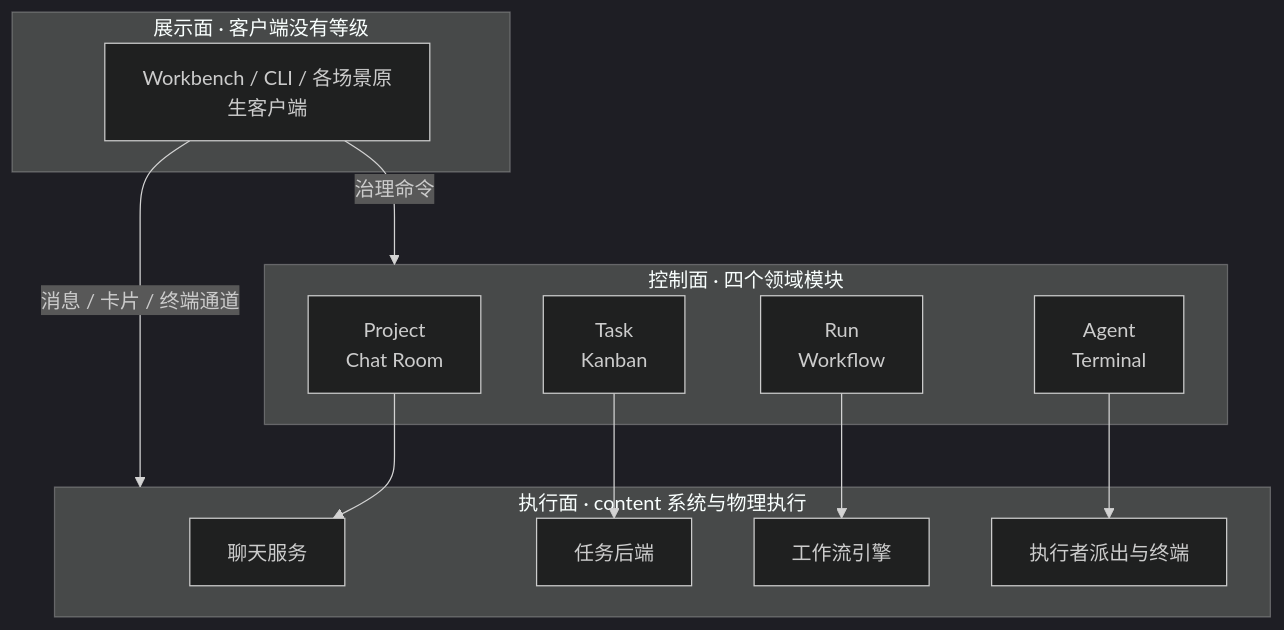
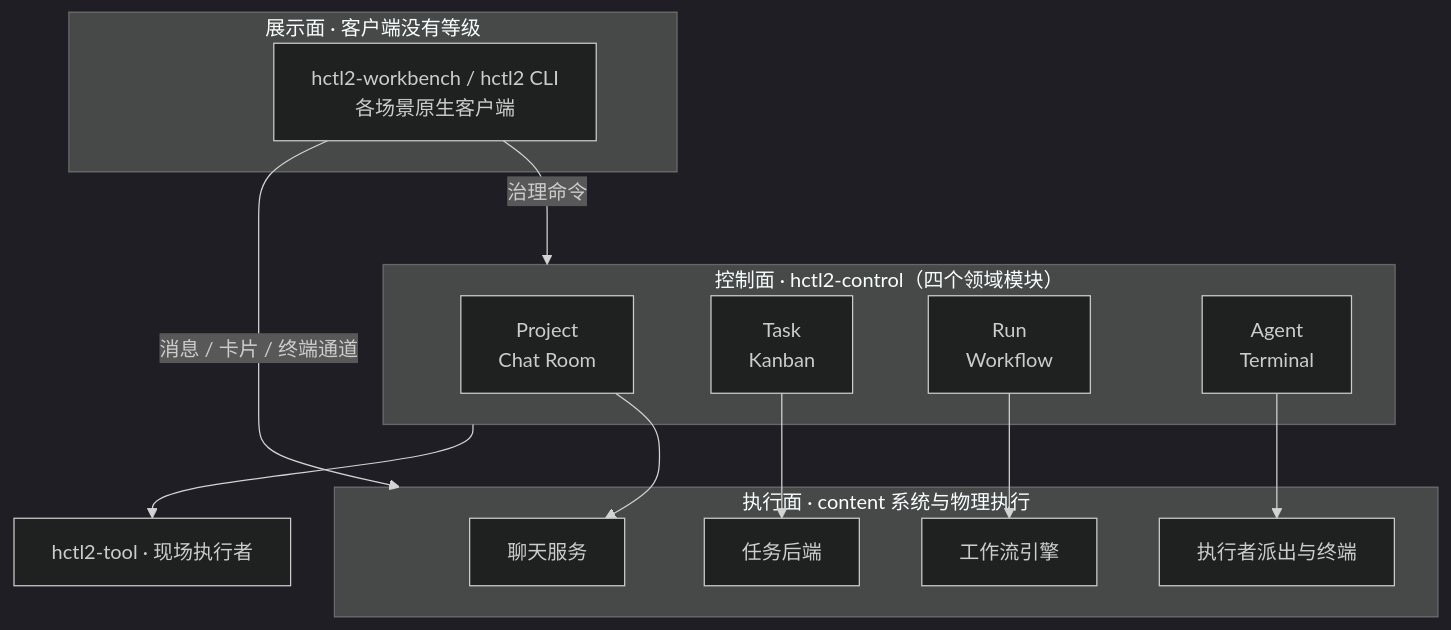
The diagram in README.md (yesme/hctl2), drawn with Mermaid (dark theme) before and after one commit. The commit also changed other lines of this file, not shown here.

Commit message:
docs: 首页图恢复第一方组件名——第一方与外部产品分开裁
#132 瘦身首页图时把 Grok #4 清单里的「组件二进制」与外部产品名
一并退场，所有者指出两类性质不同：外部产品是可替换选型，首页读者
不必先认识；hctl2-control 等是本仓库的交付物，「造什么」正是首页
要回答的。

改法：展示面节点写 hctl2-workbench / hctl2 CLI，控制面标注恢复
hctl2-control，加回 hctl2-tool（现场执行者）节点，第一方四件套
齐；SQLite、Dagu 边与阶段代号维持链接化。图注补一句「hctl2- 前缀
即第一方组件」。

Claude-Session: https://claude.ai/code/session_01ECQQojBHRugVZZWstqqGUt

````diff
--- a/README.md
+++ b/README.md
@@ -23,27 +23,30 @@
 ```mermaid
 flowchart TB
     subgraph Present["展示面 · 客户端没有等级"]
-        Clients["Workbench / CLI / 各场景原生客户端"]
+        Clients["hctl2-workbench / hctl2 CLI<br/>各场景原生客户端"]
     end
 
-    subgraph Control["控制面 · 四个领域模块"]
+    subgraph Control["控制面 · hctl2-control（四个领域模块）"]
         P["Project<br/>Chat Room"]
         T["Task<br/>Kanban"]
         R["Run<br/>Workflow"]
         H["Agent<br/>Terminal"]
     end
 
     subgraph Exec["执行面 · content 系统与物理执行"]
         chat_srv["聊天服务"]
         task_backend["任务后端"]
         engine["工作流引擎"]
         agency["执行者派出与终端"]
     end
 
+    Tool["hctl2-tool · 现场执行者"]
+
     Clients -->|治理命令| Control
     Clients -->|消息 / 卡片 / 终端通道| Exec
+    Control --> Tool
     P --> chat_srv
     T --> task_backend
     R --> engine
     H --> agency
 ```
````
